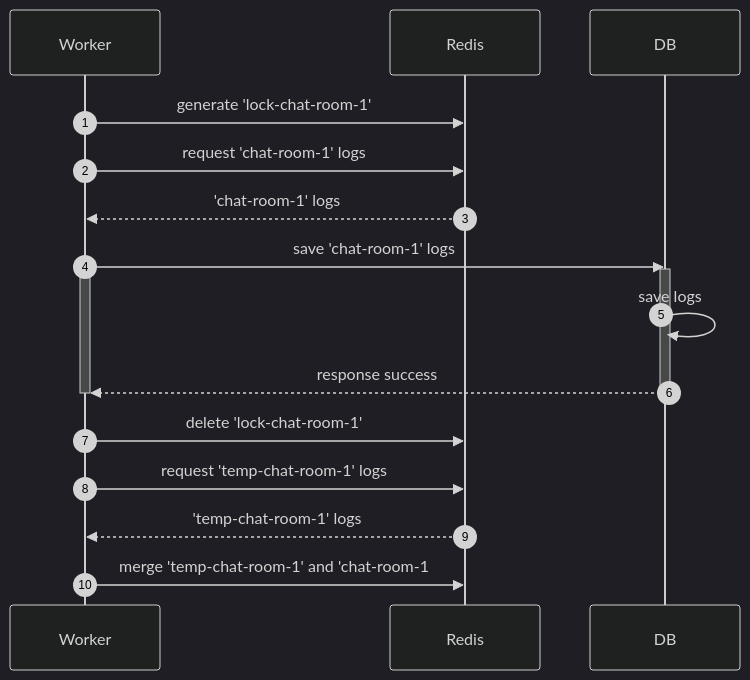
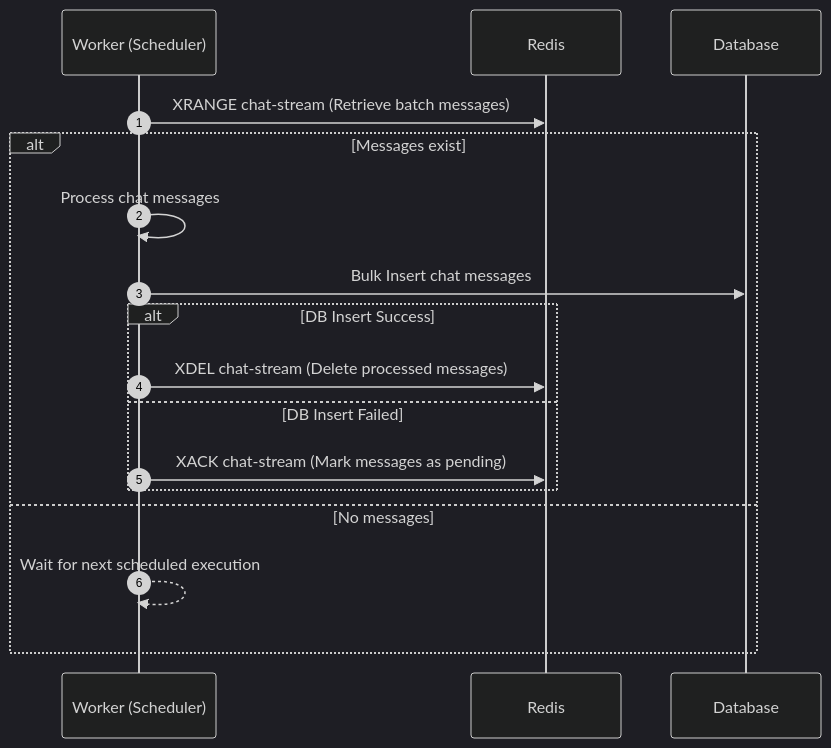
One commit to 0vollov0/chatting-server changed the second of 3 diagrams in README.md. Above: the diagram before and after it, drawn with Mermaid (dark theme). The commit also changed other lines of this file, not shown here.

````diff
--- a/README.md
+++ b/README.md
@@ -180,24 +144,22 @@
 ```mermaid
 sequenceDiagram
-  participant worker as Worker
+  participant worker as Worker (Scheduler)
   participant redis as Redis
-  participant db as DB
+  participant db as Database
   
   autonumber
-
-  worker ->> redis: generate 'lock-chat-room-1'
-  worker ->> redis: request 'chat-room-1' logs
-  redis -->> worker: 'chat-room-1' logs
-  worker ->> db: save 'chat-room-1' logs
-  activate worker
-  activate db
-  db ->> db: save logs
-  db -->> worker: response success
-  deactivate worker
-  deactivate db
-  worker ->> redis: delete 'lock-chat-room-1'
-  worker ->> redis: request 'temp-chat-room-1' logs
-  redis -->> worker: 'temp-chat-room-1' logs
-  worker ->> redis: merge 'temp-chat-room-1' and 'chat-room-1
+  
+  worker ->> redis: XRANGE chat-stream (Retrieve batch messages)
+  alt Messages exist
+    worker ->> worker: Process chat messages
+    worker ->> db: Bulk Insert chat messages
+    alt DB Insert Success
+      worker ->> redis: XDEL chat-stream (Delete processed messages)
+    else DB Insert Failed
+      worker ->> redis: XACK chat-stream (Mark messages as pending)
+    end
+  else No messages
+    worker -->> worker: Wait for next scheduled execution
+  end
   
 ```
````
